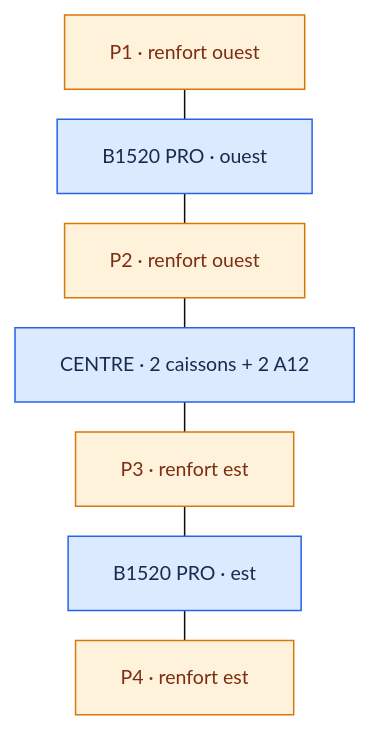
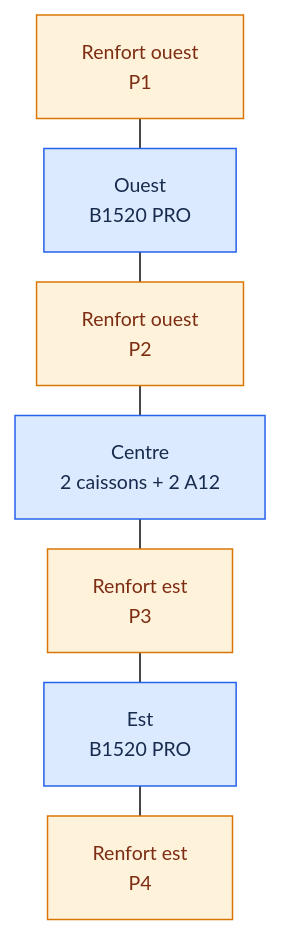
The third of 3 diagrams in README.md (HAZIT-FR/PGE-SONO), drawn with Mermaid before and after one commit. The commit also changed other lines of this file, not shown here.

```diff
--- a/README.md
+++ b/README.md
@@ -151,16 +169,16 @@
 ~~~mermaid
-%%{init: {"flowchart": {"nodeSpacing": 18, "rankSpacing": 20, "htmlLabels": false}, "theme": "base", "themeVariables": {"fontSize": "13px"}}}%%
+%%{init: {"flowchart": {"nodeSpacing": 18, "rankSpacing": 20, "htmlLabels": true}, "theme": "base", "themeVariables": {"fontSize": "13px"}}}%%
 flowchart TB
-  P1["P1 · renfort ouest"]
-  O["B1520 PRO · ouest"]
-  P2["P2 · renfort ouest"]
-  C["CENTRE · 2 caissons + 2 A12"]
-  P3["P3 · renfort est"]
-  E["B1520 PRO · est"]
-  P4["P4 · renfort est"]
+  P1["Renfort ouest<br/>P1"]
+  O["Ouest<br/>B1520 PRO"]
+  P2["Renfort ouest<br/>P2"]
+  C["Centre<br/>2 caissons + 2 A12"]
+  P3["Renfort est<br/>P3"]
+  E["Est<br/>B1520 PRO"]
+  P4["Renfort est<br/>P4"]
   P1 --- O --- P2 --- C --- P3 --- E --- P4
   classDef existing fill:#dbeafe,stroke:#2563eb,color:#172b4d;
   classDef proposed fill:#fff2db,stroke:#d97706,color:#7c2d12;
   class O,C,E existing;
   class P1,P2,P3,P4 proposed;
 ~~~
```
